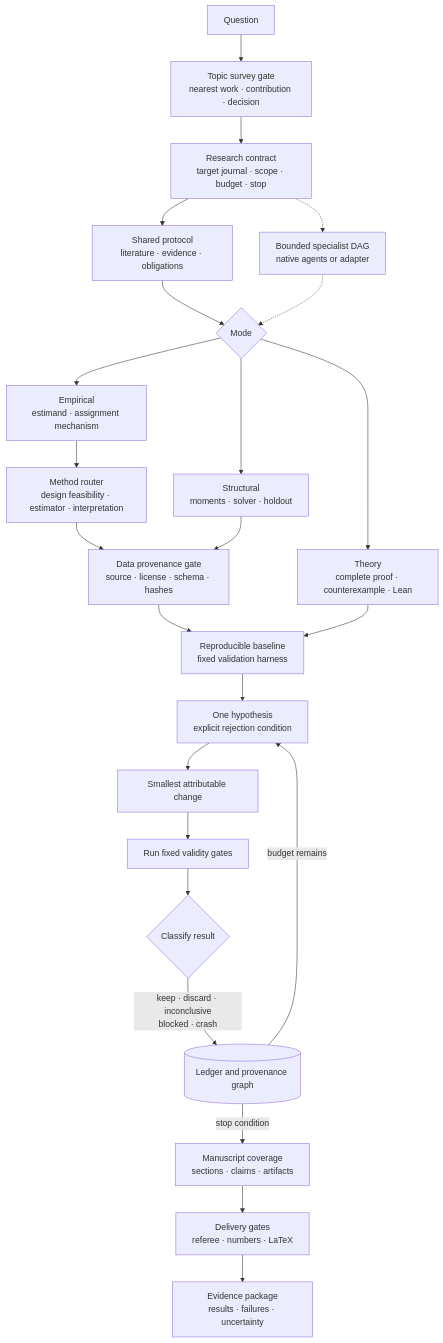
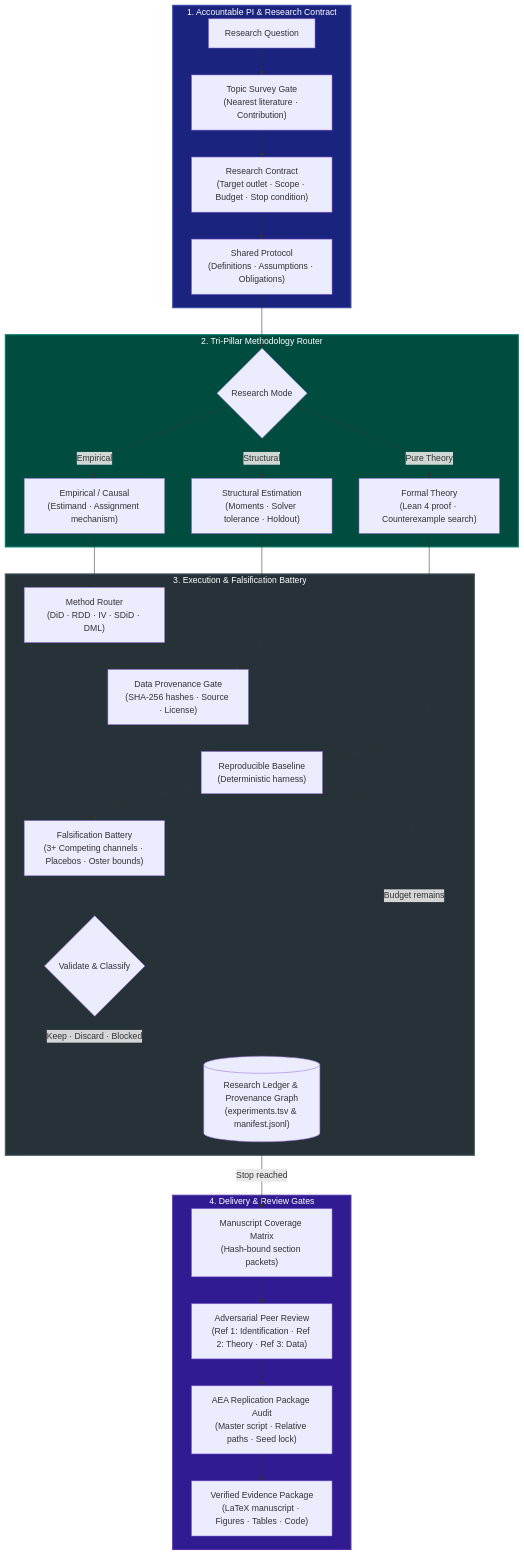
The diagram in README.md (Tohskcid/econ-research-lab), drawn with Mermaid before and after one commit. The commit also changed other lines of this file and 1 other file, not shown here.

Commit message:
docs: upgrade README with visual hero banner, trust surface, and enhanced architecture DAG

````diff
--- a/README.md
+++ b/README.md
@@ -9,26 +50,39 @@
 ```mermaid
 flowchart TD
-    Q[Question] --> TS[Topic survey gate<br/>nearest work · contribution · decision]
-    TS --> C[Research contract<br/>target journal · scope · budget · stop]
-    C --> S[Shared protocol<br/>literature · evidence · obligations]
-    C -.-> A[Bounded specialist DAG<br/>native agents or adapter]
-    S --> R{Mode}
-    R --> E[Empirical<br/>estimand · assignment mechanism]
-    R --> T[Theory<br/>complete proof · counterexample · Lean]
-    R --> X[Structural<br/>moments · solver · holdout]
-    A -.-> R
-    E --> ER[Method router<br/>design feasibility · estimator · interpretation]
-    ER --> DP[Data provenance gate<br/>source · license · schema · hashes]
-    DP --> B[Reproducible baseline<br/>fixed validation harness]
-    T --> B
-    X --> DP
-    B --> H[One hypothesis<br/>explicit rejection condition]
-    H --> D1[Smallest attributable change]
-    D1 --> V[Run fixed validity gates]
-    V --> K{Classify result}
-    K -->|keep · discard · inconclusive<br/>blocked · crash| P[(Ledger and provenance graph)]
-    P -->|budget remains| H
-    P -->|stop condition| M[Manuscript coverage<br/>sections · claims · artifacts]
-    M --> G[Delivery gates<br/>referee · numbers · LaTeX]
-    G --> D[Evidence package<br/>results · failures · uncertainty]
+    subgraph PI["1. Accountable PI & Research Contract"]
+        Q["Research Question"] --> TS["Topic Survey Gate<br/>(Nearest literature · Contribution)"]
+        TS --> C["Research Contract<br/>(Target outlet · Scope · Budget · Stop condition)"]
+        C --> S["Shared Protocol<br/>(Definitions · Assumptions · Obligations)"]
+    end
+
+    subgraph Modes["2. Tri-Pillar Methodology Router"]
+        S --> M{Research Mode}
+        M -->|Empirical| E["Empirical / Causal<br/>(Estimand · Assignment mechanism)"]
+        M -->|Pure Theory| T["Formal Theory<br/>(Lean 4 proof · Counterexample search)"]
+        M -->|Structural| X["Structural Estimation<br/>(Moments · Solver tolerance · Holdout)"]
+    end
+
+    subgraph Harness["3. Execution & Falsification Battery"]
+        E --> MR["Method Router<br/>(DiD · RDD · IV · SDiD · DML)"]
+        MR --> DP["Data Provenance Gate<br/>(SHA-256 hashes · Source · License)"]
+        X --> DP
+        DP --> B["Reproducible Baseline<br/>(Deterministic harness)"]
+        T --> B
+        B --> FB["Falsification Battery<br/>(3+ Competing channels · Placebos · Oster bounds)"]
+        FB --> K{Validate & Classify}
+        K -->|Keep · Discard · Blocked| L[("Research Ledger & Provenance Graph<br/>(experiments.tsv & manifest.jsonl)")]
+    end
+
+    subgraph Delivery["4. Delivery & Review Gates"]
+        L -->|Budget remains| B
+        L -->|Stop reached| MC["Manuscript Coverage Matrix<br/>(Hash-bound section packets)"]
+        MC --> AR["Adversarial Peer Review<br/>(Ref 1: Identification · Ref 2: Theory · Ref 3: Data)"]
+        AR --> RA["AEA Replication Package Audit<br/>(Master script · Relative paths · Seed lock)"]
+        RA --> EP["Verified Evidence Package<br/>(LaTeX manuscript · Figures · Tables · Code)"]
+    end
+
+    style PI fill:#1a237e,stroke:#3949ab,stroke-width:2px,color:#ffffff
+    style Modes fill:#004d40,stroke:#00796b,stroke-width:2px,color:#ffffff
+    style Harness fill:#263238,stroke:#455a64,stroke-width:2px,color:#ffffff
+    style Delivery fill:#311b92,stroke:#512da8,stroke-width:2px,color:#ffffff
 ```
````
